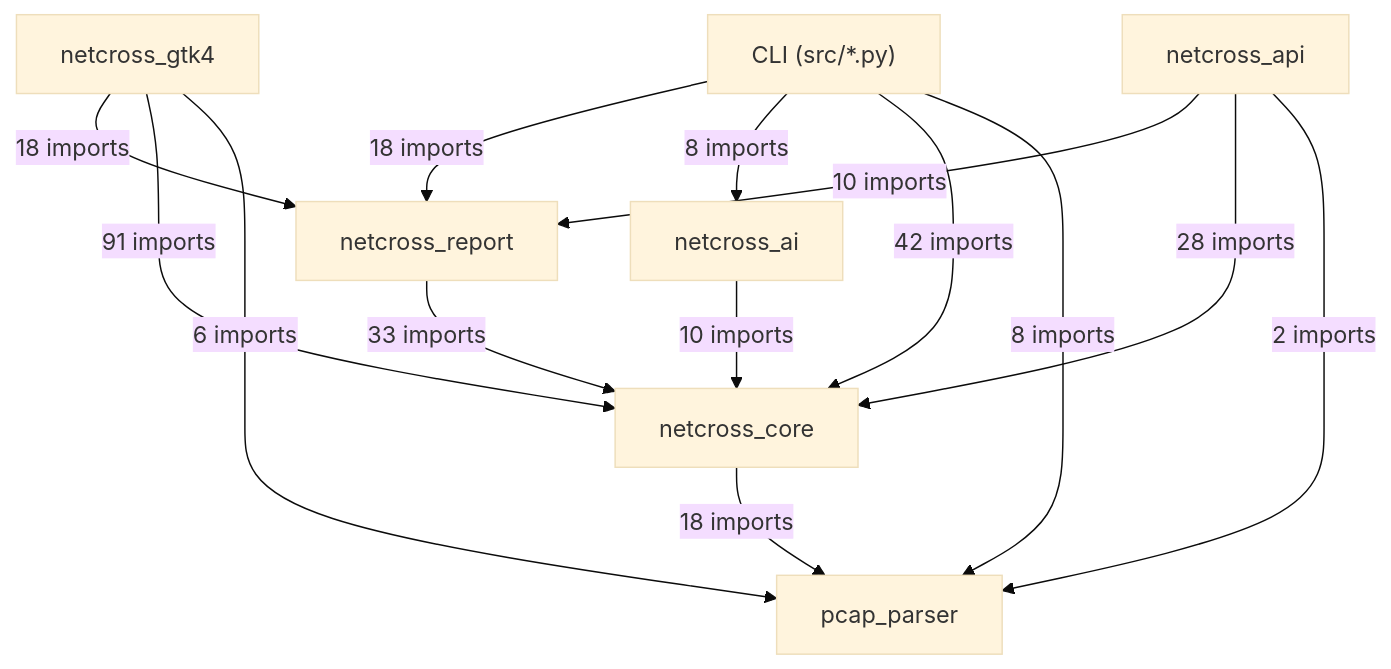
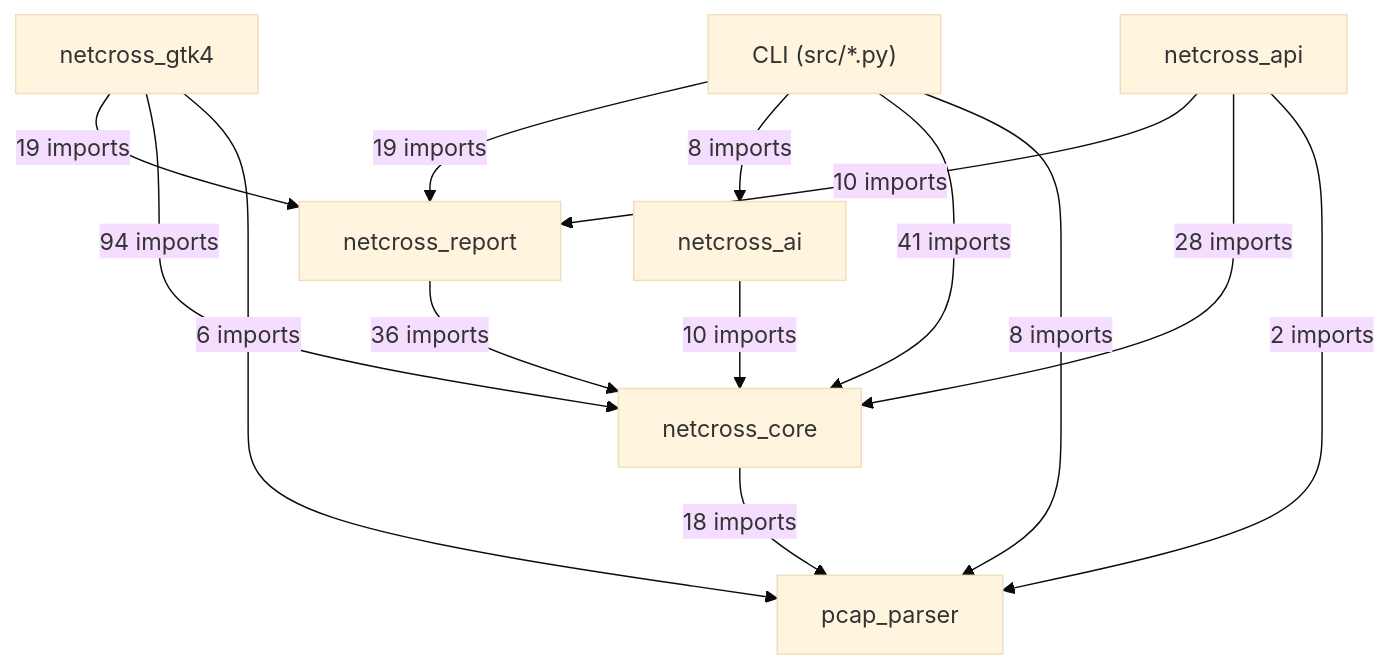
Before and after one commit to Mathide-Team/Netcross: the first of 19 diagrams in docs/class-diagram.md, drawn with Mermaid (base theme). The commit also changed other lines of this file and 8 other files, not shown here.

````diff
--- a/docs/class-diagram.md
+++ b/docs/class-diagram.md
@@ -26,23 +26,23 @@
 ```mermaid
 flowchart TD
     CLI["CLI (src/*.py)"]
     netcross_gtk4["netcross_gtk4"]
     netcross_api["netcross_api"]
     netcross_report["netcross_report"]
     netcross_ai["netcross_ai"]
     netcross_core["netcross_core"]
     pcap_parser["pcap_parser"]
-    CLI -->|"18 imports"| netcross_report
+    CLI -->|"19 imports"| netcross_report
     CLI -->|"8 imports"| netcross_ai
-    CLI -->|"42 imports"| netcross_core
+    CLI -->|"41 imports"| netcross_core
     CLI -->|"8 imports"| pcap_parser
-    netcross_gtk4 -->|"18 imports"| netcross_report
-    netcross_gtk4 -->|"91 imports"| netcross_core
+    netcross_gtk4 -->|"19 imports"| netcross_report
+    netcross_gtk4 -->|"94 imports"| netcross_core
     netcross_gtk4 -->|"6 imports"| pcap_parser
     netcross_api -->|"10 imports"| netcross_report
     netcross_api -->|"28 imports"| netcross_core
     netcross_api -->|"2 imports"| pcap_parser
-    netcross_report -->|"33 imports"| netcross_core
+    netcross_report -->|"36 imports"| netcross_core
     netcross_ai -->|"10 imports"| netcross_core
     netcross_core -->|"18 imports"| pcap_parser
 ```
````
